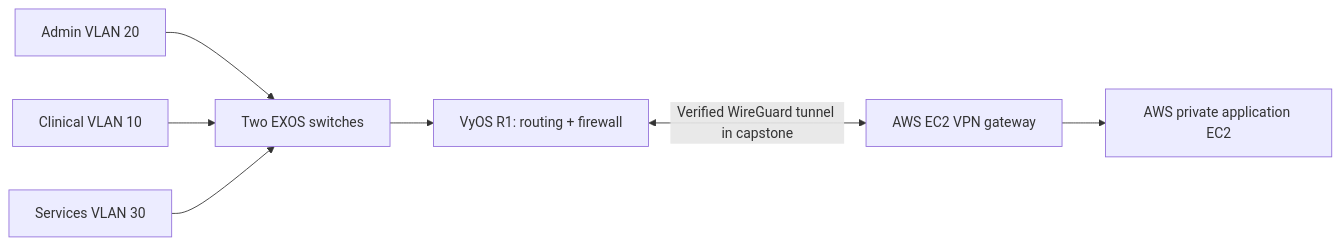
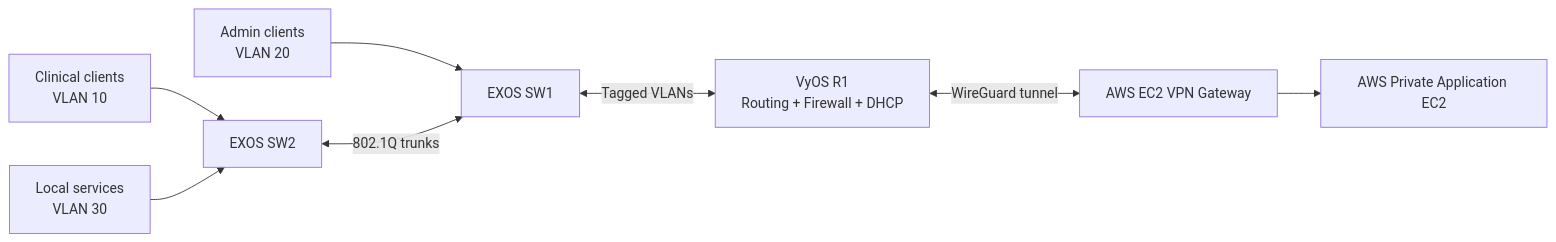
Before and after one commit to Matthew-Beare/hybrid-cloud-network: the diagram in README.md, drawn with Mermaid. The commit also changed other lines of this file and 8 other files, not shown here.

````diff
--- a/README.md
+++ b/README.md
@@ -40,9 +11,10 @@
 ```mermaid
 flowchart LR
-  A[Admin VLAN 20] --> SW[Two EXOS switches]
-  C[Clinical VLAN 10] --> SW
-  S[Services VLAN 30] --> SW
-  SW --> R[VyOS R1: routing + firewall]
-  R <-->|Verified WireGuard tunnel in capstone| G[AWS EC2 VPN gateway]
-  G --> P[AWS private application EC2]
+    C[Clinical clients<br/>VLAN 10] --> SW2[EXOS SW2]
+    A[Admin clients<br/>VLAN 20] --> SW1[EXOS SW1]
+    S[Local services<br/>VLAN 30] --> SW2
+    SW2 <-->|802.1Q trunks| SW1
+    SW1 <-->|Tagged VLANs| R[VyOS R1<br/>Routing + Firewall + DHCP]
+    R <-->|WireGuard tunnel| G[AWS EC2 VPN Gateway]
+    G --> APP[AWS Private Application EC2]
 ```
````
